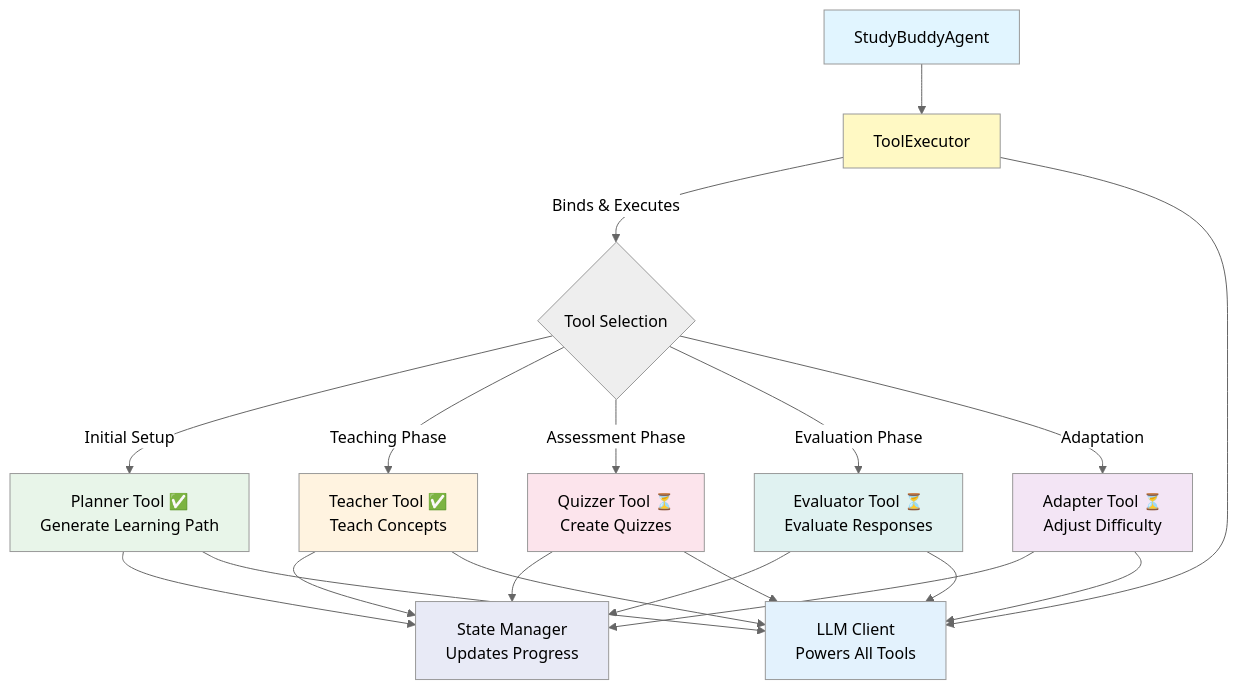
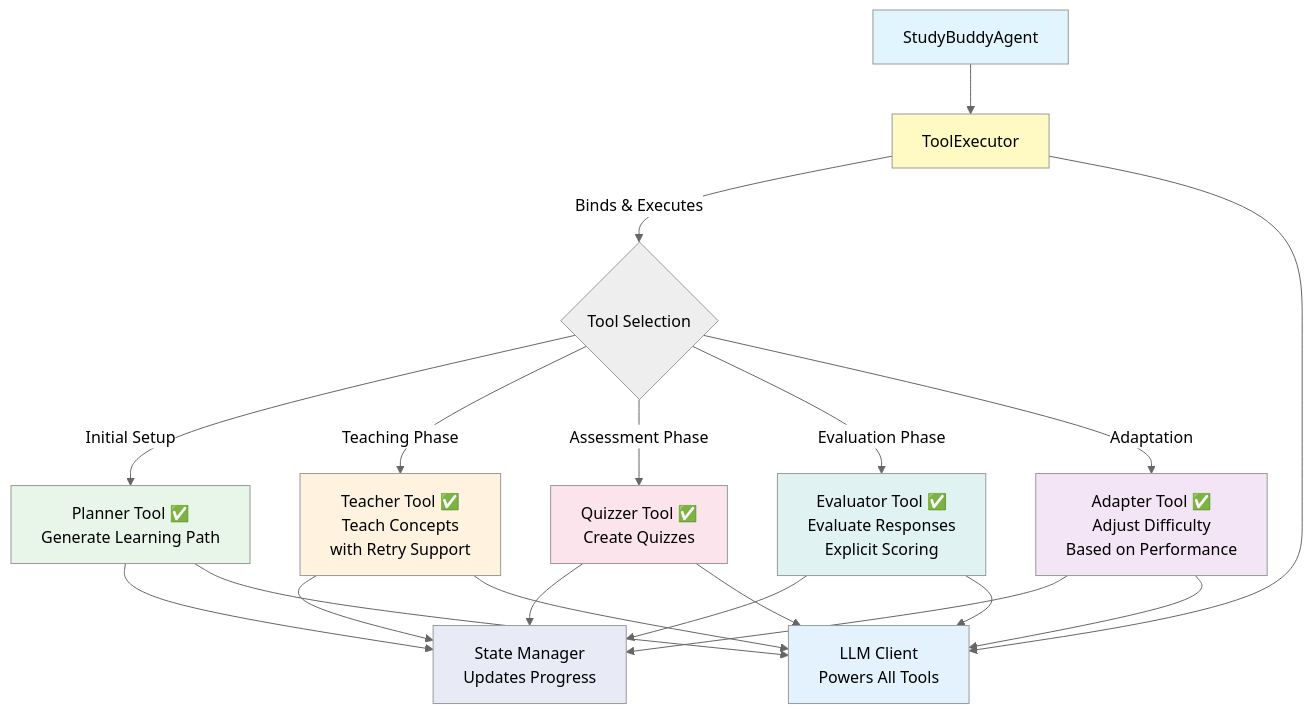
One commit to ebinzacharias/ez-agentic-study-buddy changed the fourth of 6 diagrams in ARCHITECTURE.md. Above: the diagram before and after it, drawn with Mermaid (neutral theme). The commit also changed other lines of this file and 1 other file, not shown here.

````diff
--- a/ARCHITECTURE.md
+++ b/ARCHITECTURE.md
@@ -204,39 +313,39 @@
 ```mermaid
 graph TD
     Agent[StudyBuddyAgent] --> ToolExec[ToolExecutor]
     
     ToolExec -->|Binds & Executes| Tools{Tool Selection}
     
     Tools -->|Initial Setup| Planner[Planner Tool ✅<br/>Generate Learning Path]
-    Tools -->|Teaching Phase| Teacher[Teacher Tool ✅<br/>Teach Concepts]
-    Tools -->|Assessment Phase| Quizzer[Quizzer Tool ⏳<br/>Create Quizzes]
-    Tools -->|Evaluation Phase| Evaluator[Evaluator Tool ⏳<br/>Evaluate Responses]
-    Tools -->|Adaptation| Adapter[Adapter Tool ⏳<br/>Adjust Difficulty]
+    Tools -->|Teaching Phase| Teacher[Teacher Tool ✅<br/>Teach Concepts<br/>with Retry Support]
+    Tools -->|Assessment Phase| Quizzer[Quizzer Tool ✅<br/>Create Quizzes]
+    Tools -->|Evaluation Phase| Evaluator[Evaluator Tool ✅<br/>Evaluate Responses<br/>Explicit Scoring]
+    Tools -->|Adaptation| Adapter[Adapter Tool ✅<br/>Adjust Difficulty<br/>Based on Performance]
     
     Planner --> State
     Teacher --> State
     Quizzer --> State
     Evaluator --> State
     Adapter --> State
     
     State[State Manager<br/>Updates Progress]
     
     LLM[LLM Client<br/>Powers All Tools]
     
     ToolExec --> LLM
     Planner --> LLM
     Teacher --> LLM
     Quizzer --> LLM
     Evaluator --> LLM
     Adapter --> LLM
     
     style Agent fill:#e1f5ff
     style ToolExec fill:#fff9c4
     style Planner fill:#e8f5e9
     style Teacher fill:#fff3e0
     style Quizzer fill:#fce4ec
     style Evaluator fill:#e0f2f1
     style Adapter fill:#f3e5f5
     style LLM fill:#e3f2fd
     style State fill:#e8eaf6
 ```
````
